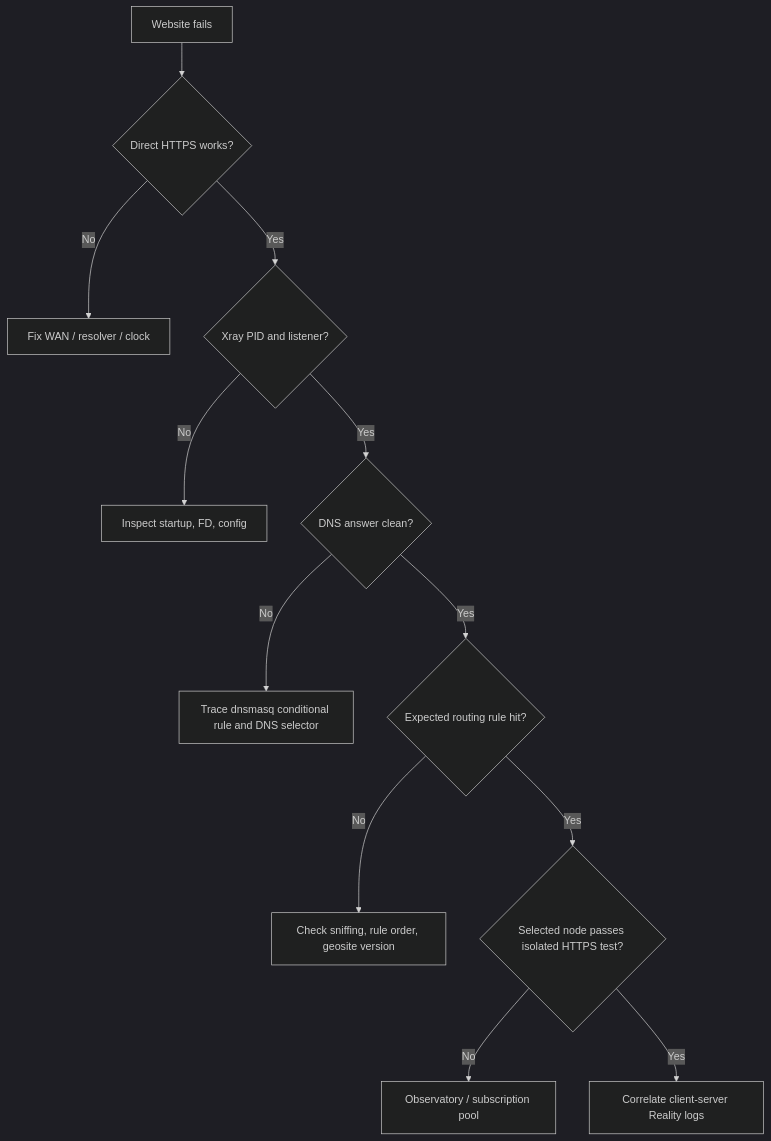
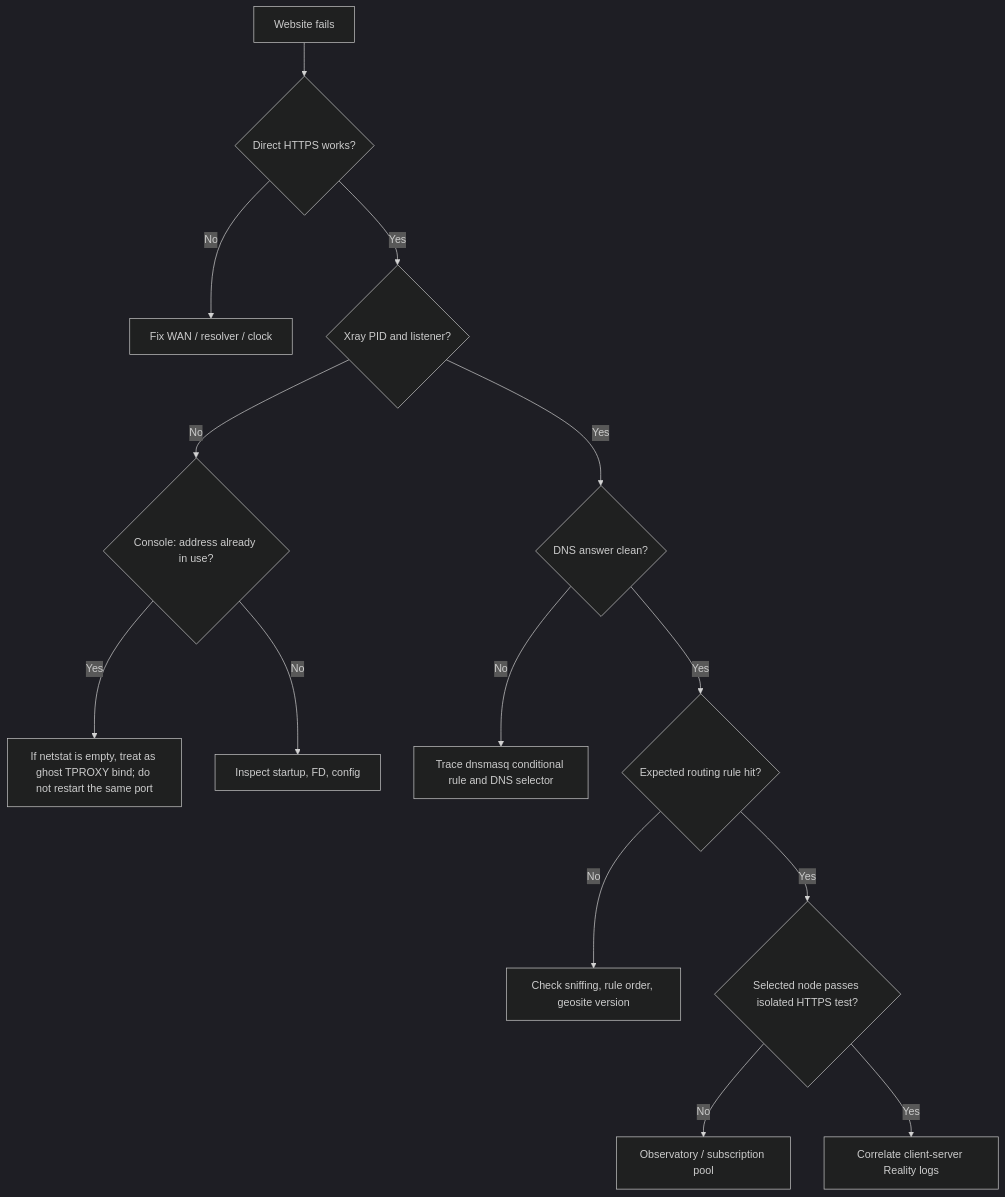
Before and after one commit to toolazytoname/reality-handshake: the diagram in references/verification-runbook.md, drawn with Mermaid (dark theme). The commit also changed other lines of this file and 9 other files, not shown here.

First line of the commit message:
docs: old-kernel TPROXY ghost-socket runbook, degraded mode, single-session deploys

````diff
--- a/references/verification-runbook.md
+++ b/references/verification-runbook.md
@@ -25,14 +29,16 @@
 ```mermaid
 flowchart TD
   A["Website fails"] --> D{"Direct HTTPS works?"}
   D -->|No| W["Fix WAN / resolver / clock"]
   D -->|Yes| L{"Xray PID and listener?"}
-  L -->|No| P["Inspect startup, FD, config"]
+  L -->|No| B{"Console: address already in use?"}
+  B -->|Yes| GS["If netstat is empty, treat as ghost TPROXY bind; do not restart the same port"]
+  B -->|No| P["Inspect startup, FD, config"]
   L -->|Yes| Q{"DNS answer clean?"}
   Q -->|No| C["Trace dnsmasq conditional rule and DNS selector"]
   Q -->|Yes| R{"Expected routing rule hit?"}
   R -->|No| G["Check sniffing, rule order, geosite version"]
   R -->|Yes| H{"Selected node passes isolated HTTPS test?"}
   H -->|No| O["Observatory / subscription pool"]
   H -->|Yes| X["Correlate client-server Reality logs"]
 ```
````
